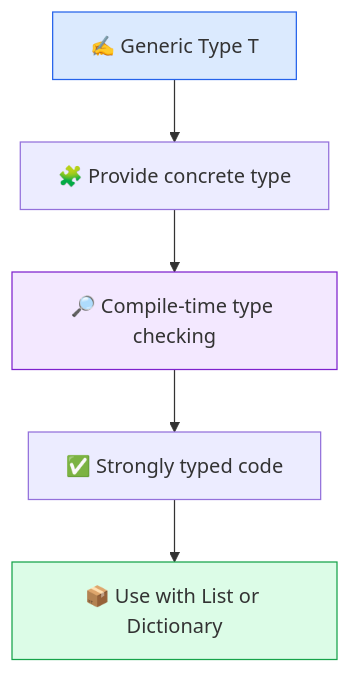
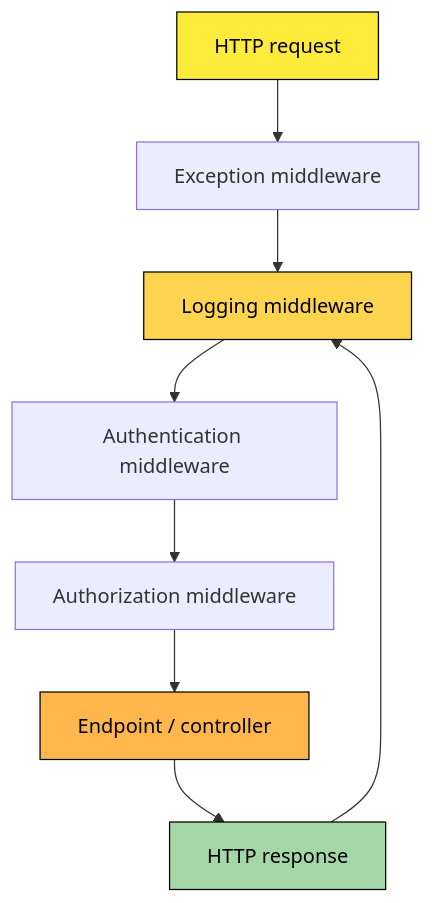
The fourth of 6 diagrams in 01A-CSharp-Internal-Working-Visual-QA.md (azam123/Engineering-Interview-Prep), drawn with Mermaid before and after one commit. The commit also changed other lines of this file, not shown here.

````diff
--- a/01A-CSharp-Internal-Working-Visual-QA.md
+++ b/01A-CSharp-Internal-Working-Visual-QA.md
@@ -179,10 +194,14 @@
 ```mermaid
 flowchart TD
-    A[✍️ Generic Type T] --> B[🧩 Provide concrete type]
-    B --> C[🔎 Compile-time type checking]
-    C --> D[✅ Strongly typed code]
-    D --> E[📦 Use with List<T> or Dictionary<TKey,TValue>]
-    style A fill:#dbeafe,stroke:#2563eb
-    style C fill:#f3e8ff,stroke:#7e22ce
-    style E fill:#dcfce7,stroke:#16a34a
+    A[HTTP request] --> B[Exception middleware]
+    B --> C[Logging middleware]
+    C --> D[Authentication middleware]
+    D --> E[Authorization middleware]
+    E --> F[Endpoint / controller]
+    F --> G[HTTP response]
+    G --> C
+    style A fill:#ffeb3b,color:#000,stroke:#000
+    style C fill:#ffd54f,color:#000,stroke:#000
+    style F fill:#ffb74d,color:#000,stroke:#000
+    style G fill:#a5d6a7,color:#000,stroke:#000
 ```
````
